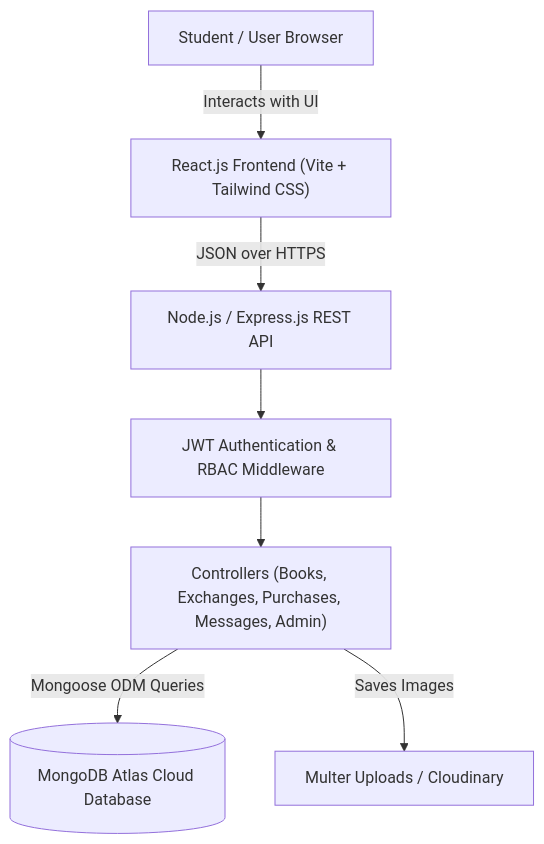
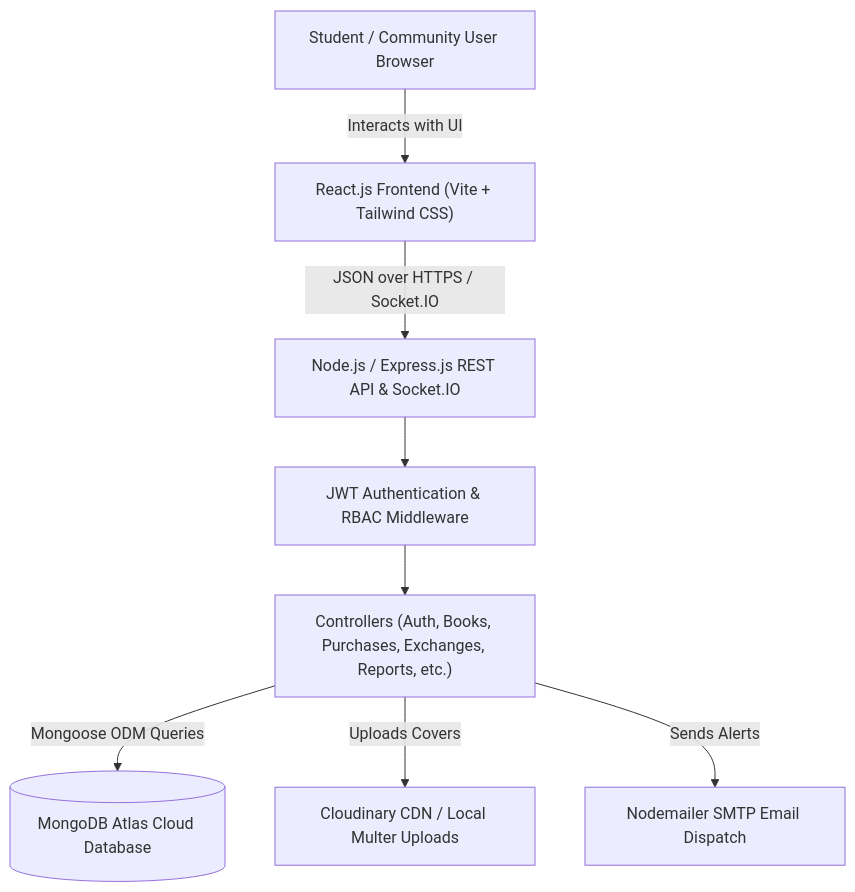
The diagram in README.md (vu241fa04c70-tech/book-loop-kanchana), drawn with Mermaid before and after one commit. The commit also changed other lines of this file and 63 other files, not shown here.

````diff
--- a/README.md
+++ b/README.md
@@ -97,17 +94,19 @@
 ```mermaid
 flowchart TD
-    User["Student / User Browser"]
+    User["Student / Community User Browser"]
     Frontend["React.js Frontend (Vite + Tailwind CSS)"]
-    Gateway["Node.js / Express.js REST API"]
+    Gateway["Node.js / Express.js REST API & Socket.IO"]
     Auth["JWT Authentication & RBAC Middleware"]
-    Controllers["Controllers (Books, Exchanges, Purchases, Messages, Admin)"]
+    Controllers["Controllers (Auth, Books, Purchases, Exchanges, Reports, etc.)"]
     Database[("MongoDB Atlas Cloud Database")]
-    Uploads["Multer Uploads / Cloudinary"]
+    Cloudinary["Cloudinary CDN / Local Multer Uploads"]
+    SMTP["Nodemailer SMTP Email Dispatch"]
 
     User -->|"Interacts with UI"| Frontend
-    Frontend -->|"JSON over HTTPS"| Gateway
+    Frontend -->|"JSON over HTTPS / Socket.IO"| Gateway
     Gateway --> Auth
     Auth --> Controllers
     Controllers -->|"Mongoose ODM Queries"| Database
-    Controllers -->|"Saves Images"| Uploads
+    Controllers -->|"Uploads Covers"| Cloudinary
+    Controllers -->|"Sends Alerts"| SMTP
 ```
````
